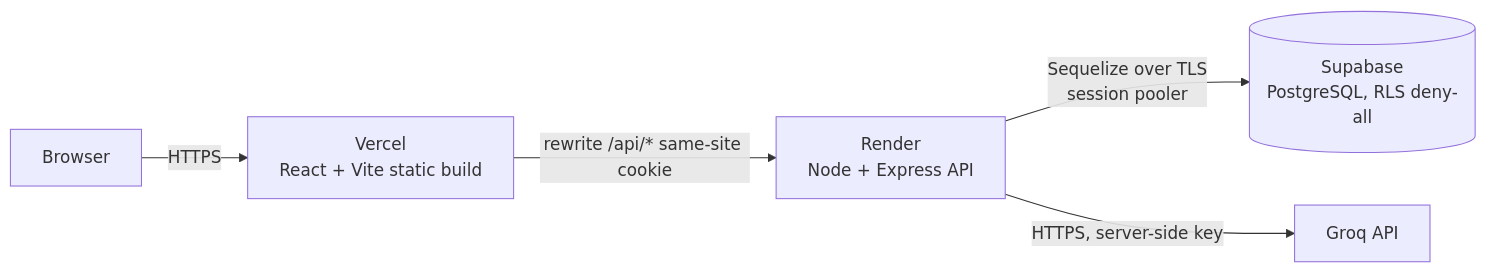
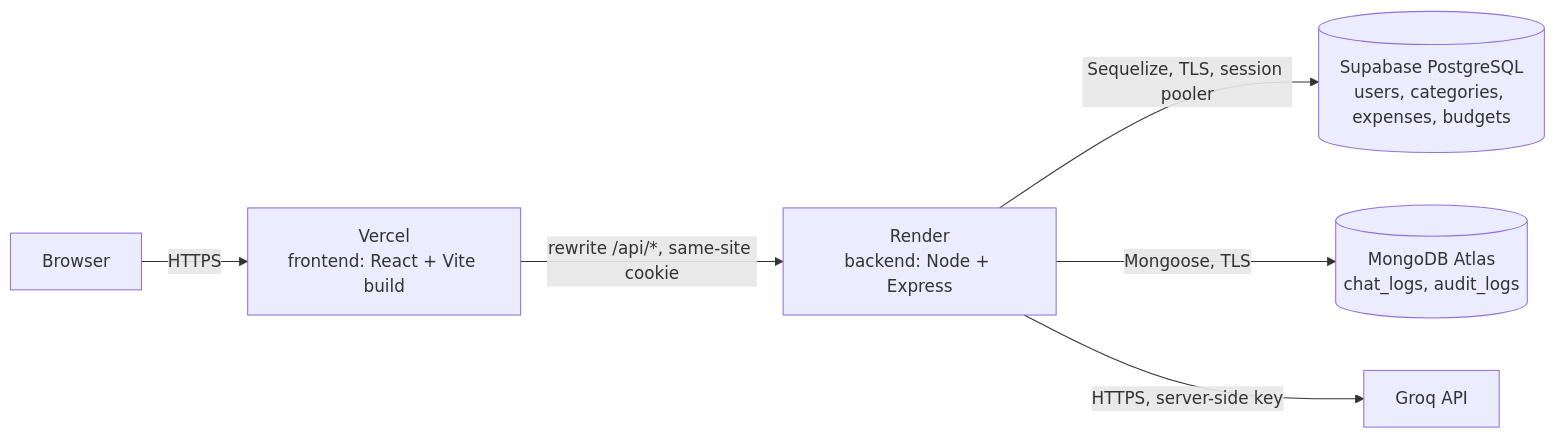
One commit to AthangProgrammer/finsight-fullstack changed the diagram in README.md. Above: the diagram before and after it, drawn with Mermaid. The commit also changed other lines of this file and 83 other files, not shown here.

````diff
--- a/README.md
+++ b/README.md
@@ -20,7 +20,8 @@
 ```mermaid
 flowchart LR
-  U[Browser] -->|HTTPS| V[Vercel<br/>React + Vite static build]
-  V -->|rewrite /api/* same-site cookie| R[Render<br/>Node + Express API]
-  R -->|Sequelize over TLS<br/>session pooler| S[(Supabase<br/>PostgreSQL, RLS deny-all)]
+  U[Browser] -->|HTTPS| V[Vercel<br/>frontend: React + Vite build]
+  V -->|rewrite /api/*, same-site cookie| R[Render<br/>backend: Node + Express]
+  R -->|Sequelize, TLS, session pooler| S[(Supabase PostgreSQL<br/>users, categories, expenses, budgets)]
+  R -->|Mongoose, TLS| M[(MongoDB Atlas<br/>chat_logs, audit_logs)]
   R -->|HTTPS, server-side key| G[Groq API]
 ```
````
